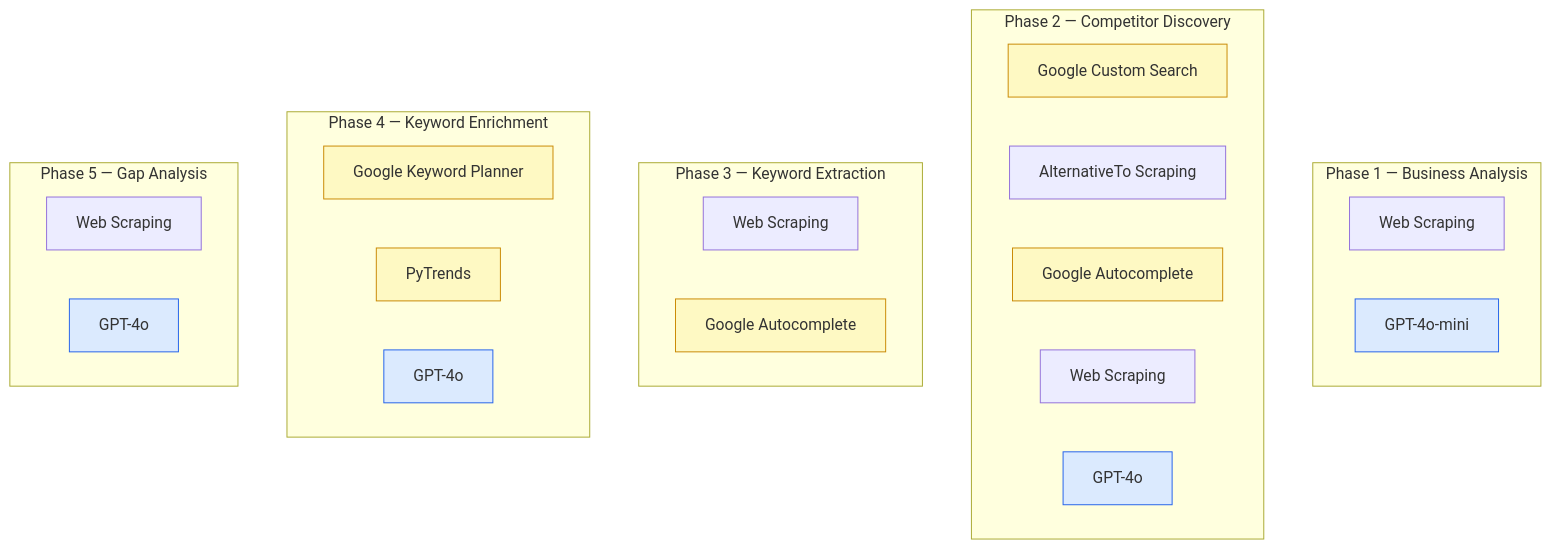
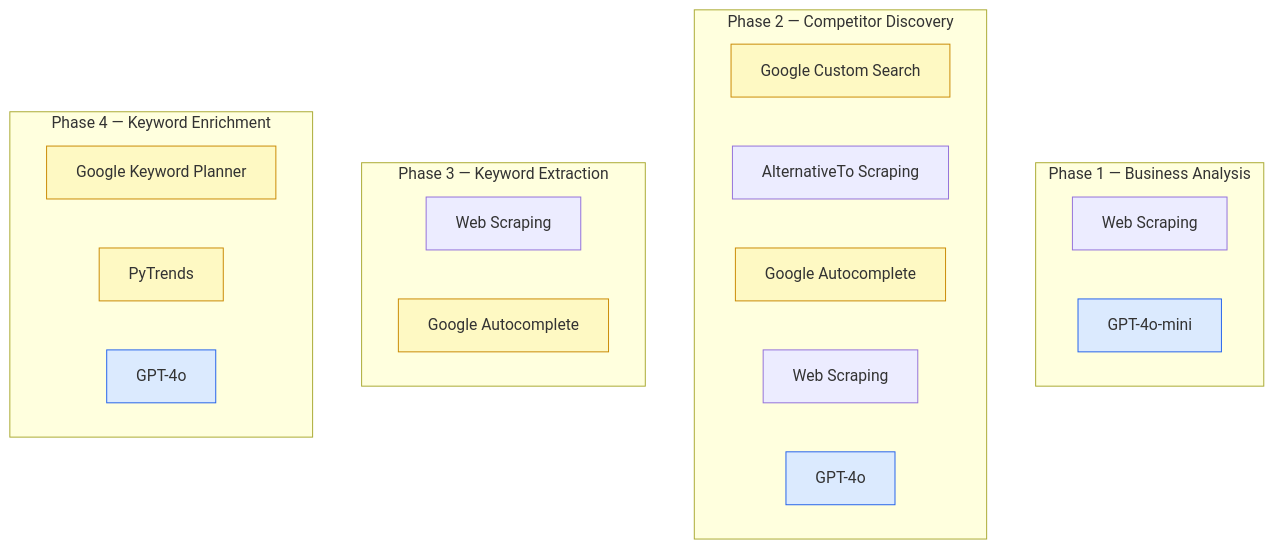
One commit to modlix-india/Adzump-AI changed the ninth of 11 diagrams in docs/competitor_architecture.md. Above: the diagram before and after it, drawn with Mermaid. The commit also changed other lines of this file, not shown here.

Commit message:
docs: Update competitor architecture status, remove codebase readiness section, and adjust TOC for deferred phases.

````diff
--- a/docs/competitor_architecture.md
+++ b/docs/competitor_architecture.md
@@ -1334,42 +781,36 @@
 ```mermaid
 graph TB
     subgraph Phase1 [Phase 1 — Business Analysis]
         P1WS[Web Scraping]
         P1AI[GPT-4o-mini]
     end
 
     subgraph Phase2 [Phase 2 — Competitor Discovery]
         P2GCS[Google Custom Search]
         P2ATS[AlternativeTo Scraping]
         P2GAC[Google Autocomplete]
         P2WS[Web Scraping]
         P2AI[GPT-4o]
     end
 
     subgraph Phase3 [Phase 3 — Keyword Extraction]
         P3WS[Web Scraping]
         P3GAC[Google Autocomplete]
     end
 
     subgraph Phase4 [Phase 4 — Keyword Enrichment]
         P4GKP[Google Keyword Planner]
         P4PT[PyTrends]
         P4AI[GPT-4o]
     end
 
-    subgraph Phase5 [Phase 5 — Gap Analysis]
-        P5WS[Web Scraping]
-        P5AI[GPT-4o]
-    end
-
     style P1AI fill:#dbeafe,stroke:#2563eb
     style P2AI fill:#dbeafe,stroke:#2563eb
     style P4AI fill:#dbeafe,stroke:#2563eb
-    style P5AI fill:#dbeafe,stroke:#2563eb
 
     style P2GCS fill:#fef9c3,stroke:#ca8a04
     style P2GAC fill:#fef9c3,stroke:#ca8a04
     style P3GAC fill:#fef9c3,stroke:#ca8a04
     style P4GKP fill:#fef9c3,stroke:#ca8a04
     style P4PT fill:#fef9c3,stroke:#ca8a04
 ```
````
